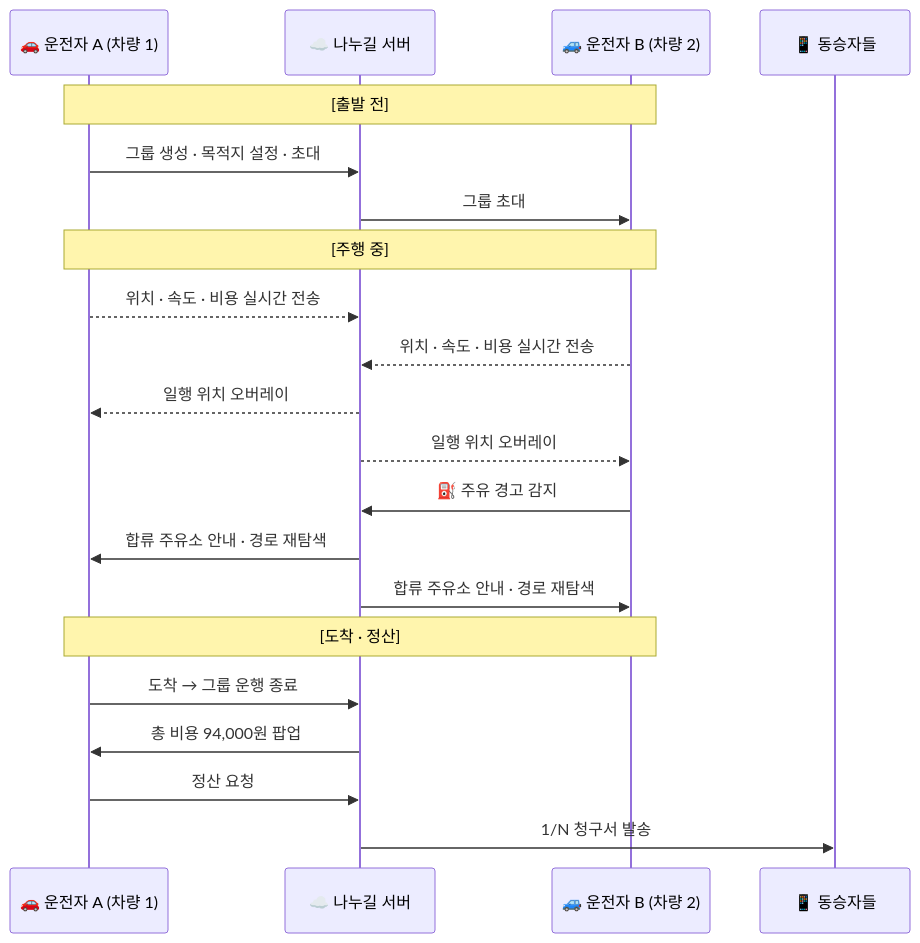
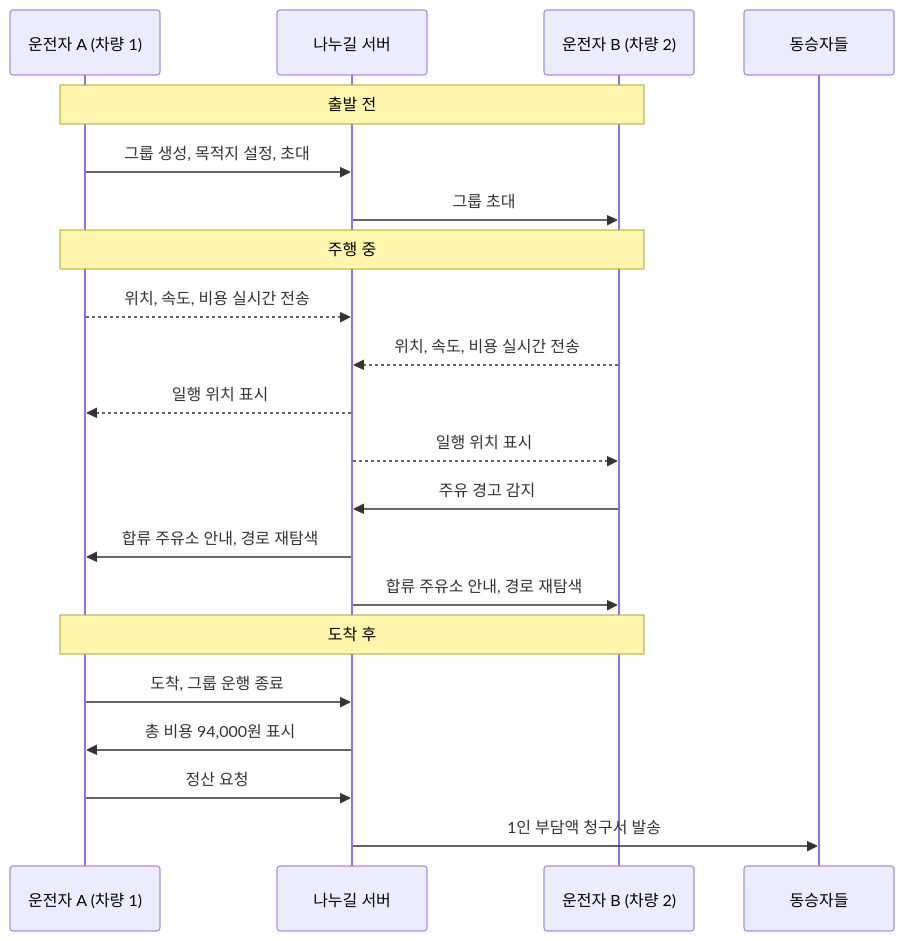
Before and after one commit to Nanugil/nanugil-android: the first of 2 diagrams in README.md, drawn with Mermaid. The commit also changed other lines of this file, not shown here.

````diff
--- a/README.md
+++ b/README.md
@@ -76,24 +168,24 @@
 ```mermaid
 sequenceDiagram
-    participant A as 🚗 운전자 A (차량 1)
-    participant S as ☁️ 나누길 서버
-    participant B as 🚙 운전자 B (차량 2)
-    participant P as 📱 동승자들
+    participant A as 운전자 A (차량 1)
+    participant S as 나누길 서버
+    participant B as 운전자 B (차량 2)
+    participant P as 동승자들
 
-    Note over A,B: [출발 전]
-    A->>S: 그룹 생성 · 목적지 설정 · 초대
+    Note over A,B: 출발 전
+    A->>S: 그룹 생성, 목적지 설정, 초대
     S->>B: 그룹 초대
-    Note over A,B: [주행 중]
-    A-->>S: 위치 · 속도 · 비용 실시간 전송
-    B-->>S: 위치 · 속도 · 비용 실시간 전송
-    S-->>A: 일행 위치 오버레이
-    S-->>B: 일행 위치 오버레이
-    B->>S: ⛽ 주유 경고 감지
-    S->>A: 합류 주유소 안내 · 경로 재탐색
-    S->>B: 합류 주유소 안내 · 경로 재탐색
-    Note over A,B: [도착 · 정산]
-    A->>S: 도착 → 그룹 운행 종료
-    S->>A: 총 비용 94,000원 팝업
+    Note over A,B: 주행 중
+    A-->>S: 위치, 속도, 비용 실시간 전송
+    B-->>S: 위치, 속도, 비용 실시간 전송
+    S-->>A: 일행 위치 표시
+    S-->>B: 일행 위치 표시
+    B->>S: 주유 경고 감지
+    S->>A: 합류 주유소 안내, 경로 재탐색
+    S->>B: 합류 주유소 안내, 경로 재탐색
+    Note over A,B: 도착 후
+    A->>S: 도착, 그룹 운행 종료
+    S->>A: 총 비용 94,000원 표시
     A->>S: 정산 요청
-    S->>P: 1/N 청구서 발송
+    S->>P: 1인 부담액 청구서 발송
 ```
````
